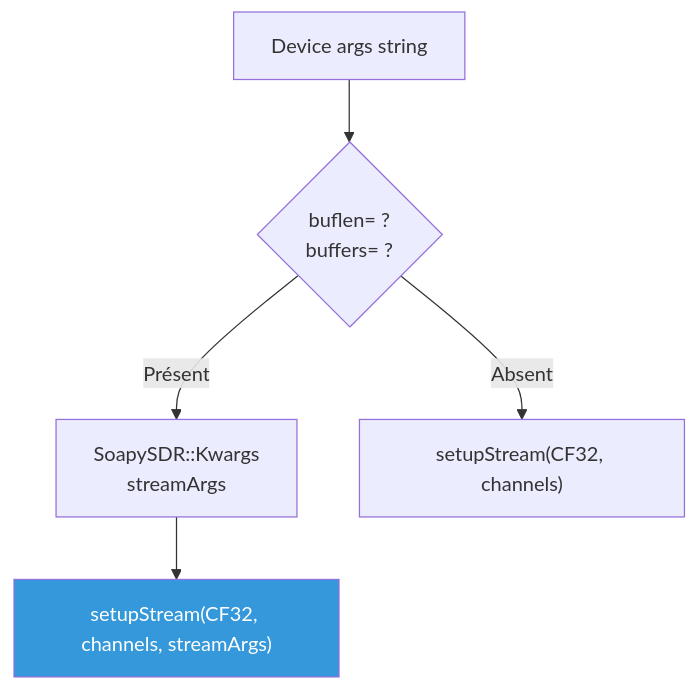
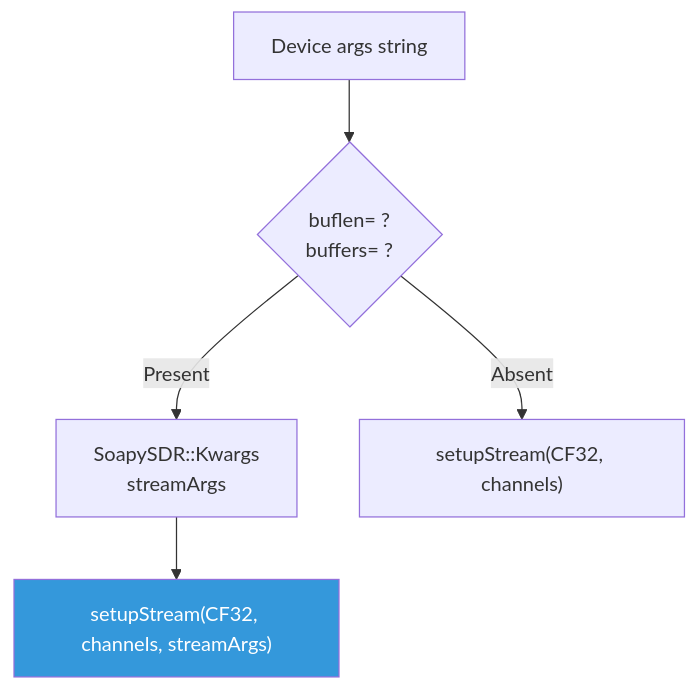
Before and after one commit to f4tnk/gr-osmosdr: the eighth of 15 diagrams in OPTIMIZATION-F4TNK.md, drawn with Mermaid. The commit also changed other lines of this file, not shown here.

````diff
--- a/OPTIMIZATION-F4TNK.md
+++ b/OPTIMIZATION-F4TNK.md
@@ -190,9 +190,9 @@
 ```mermaid
 flowchart TD
     A["Device args string"] --> B{"buflen= ?<br/>buffers= ?"}
-    B -->|Présent| C["SoapySDR::Kwargs<br/>streamArgs"]
+    B -->|Present| C["SoapySDR::Kwargs<br/>streamArgs"]
     C --> D["setupStream(CF32, channels, streamArgs)"]
     B -->|Absent| E["setupStream(CF32, channels)"]
 
     style D fill:#3498db,color:#fff
 ```
````
